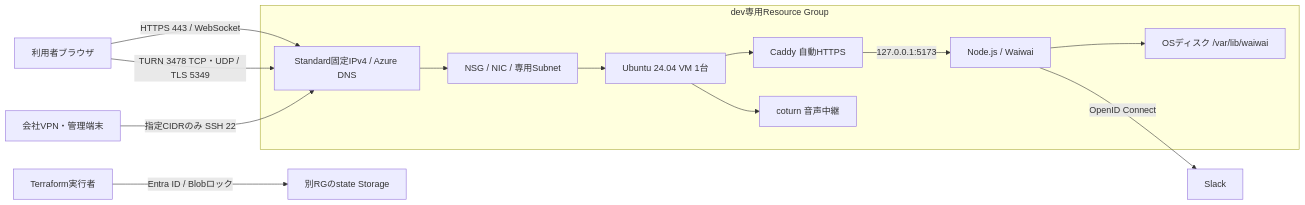
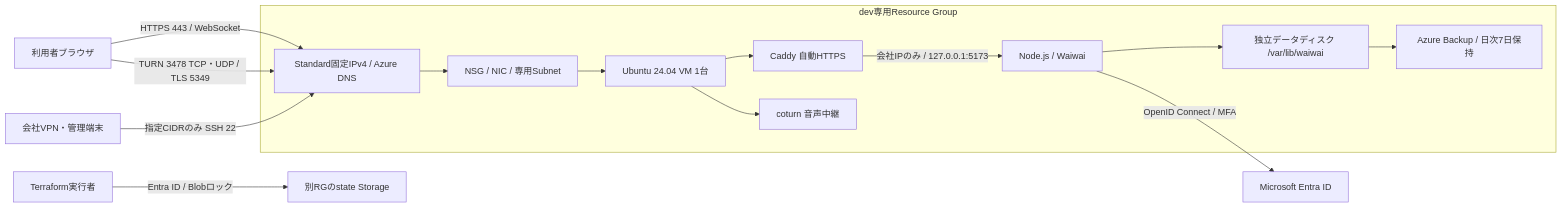
Before and after one commit to at8338/waiwai: the diagram in docs/infrastructure/azure-design.md, drawn with Mermaid. The commit also changed other lines of this file and 53 other files, not shown here.

````diff
--- a/docs/infrastructure/azure-design.md
+++ b/docs/infrastructure/azure-design.md
@@ -11,16 +11,17 @@
 ```mermaid
 flowchart LR
   Browser[利用者ブラウザ] -->|HTTPS 443 / WebSocket| IP[Standard固定IPv4 / Azure DNS]
   Browser -->|TURN 3478 TCP・UDP / TLS 5349| IP
   Admin[会社VPN・管理端末] -->|指定CIDRのみ SSH 22| IP
   subgraph Office[dev専用Resource Group]
     IP --> NSG[NSG / NIC / 専用Subnet]
     NSG --> VM[Ubuntu 24.04 VM 1台]
     VM --> Caddy[Caddy 自動HTTPS]
-    Caddy -->|127.0.0.1:5173| App[Node.js / Waiwai]
+    Caddy -->|会社IPのみ / 127.0.0.1:5173| App[Node.js / Waiwai]
     VM --> TURN[coturn 音声中継]
-    App --> Data[OSディスク /var/lib/waiwai]
+    App --> Data[独立データディスク /var/lib/waiwai]
+    Data --> Backup[Azure Backup / 日次7日保持]
   end
-  App -->|OpenID Connect| Slack[Slack]
+  App -->|OpenID Connect / MFA| Entra[Microsoft Entra ID]
   Operator[Terraform実行者] -->|Entra ID / Blobロック| State[別RGのstate Storage]
 ```
````
